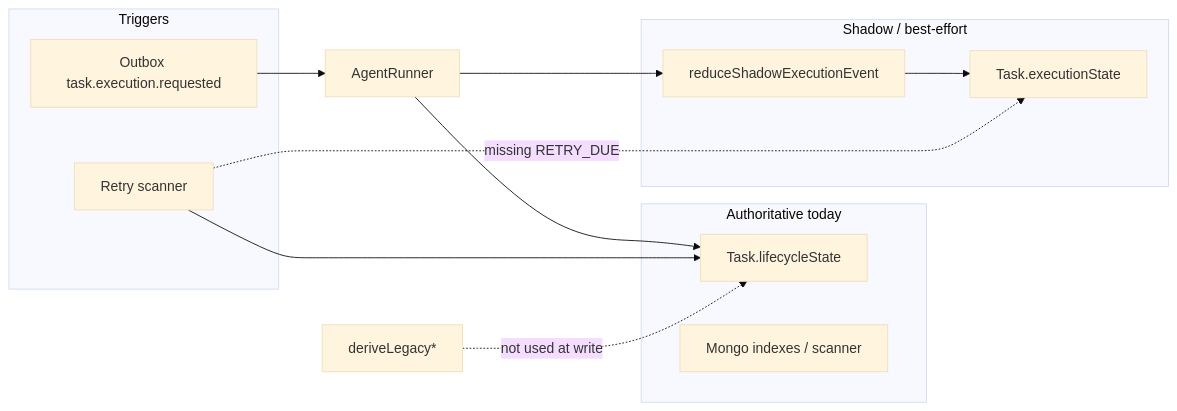
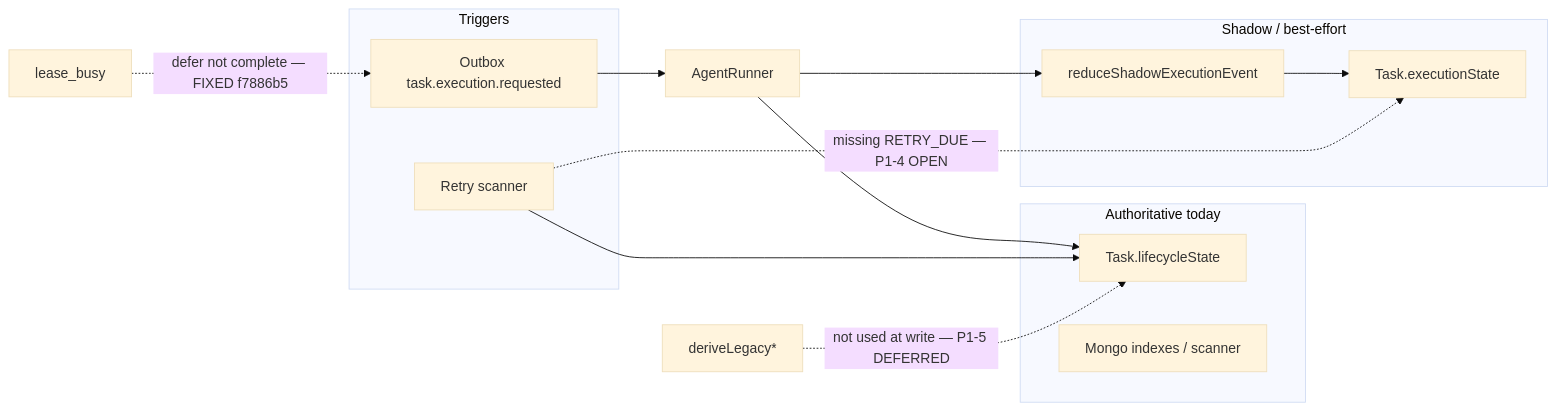
One commit to harshlocham/semantask changed the diagram in docs/architecture/adr-implementation-gap-audit.md. Above: the diagram before and after it, drawn with Mermaid (base theme). The commit also changed other lines of this file and 3 other files, not shown here.

Commit message:
docs(roadmap): complete phase 0.2 gap audit reconciliation

````diff
--- a/docs/architecture/adr-implementation-gap-audit.md
+++ b/docs/architecture/adr-implementation-gap-audit.md
@@ -169,21 +173,22 @@
 ```mermaid
 flowchart LR
   subgraph authoritative [Authoritative today]
     LC[Task.lifecycleState]
     IDX[Mongo indexes / scanner]
   end
   subgraph shadow [Shadow / best-effort]
     ES[Task.executionState]
     SH[reduceShadowExecutionEvent]
   end
   subgraph triggers [Triggers]
     OB[Outbox task.execution.requested]
     RS[Retry scanner]
   end
   OB --> AR[AgentRunner]
   AR --> LC
   AR --> SH --> ES
   RS --> LC
-  RS -.->|missing RETRY_DUE| ES
-  derive[deriveLegacy*] -.->|not used at write| LC
+  RS -.->|missing RETRY_DUE — P1-4 OPEN| ES
+  derive[deriveLegacy*] -.->|not used at write — P1-5 DEFERRED| LC
+  LB[lease_busy] -.->|defer not complete — FIXED f7886b5| OB
 ```
````
